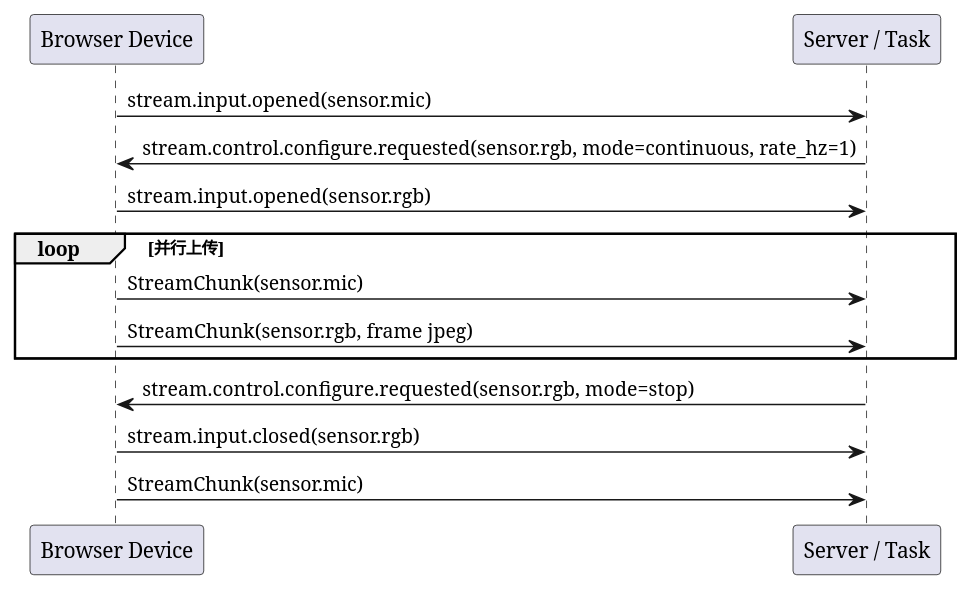
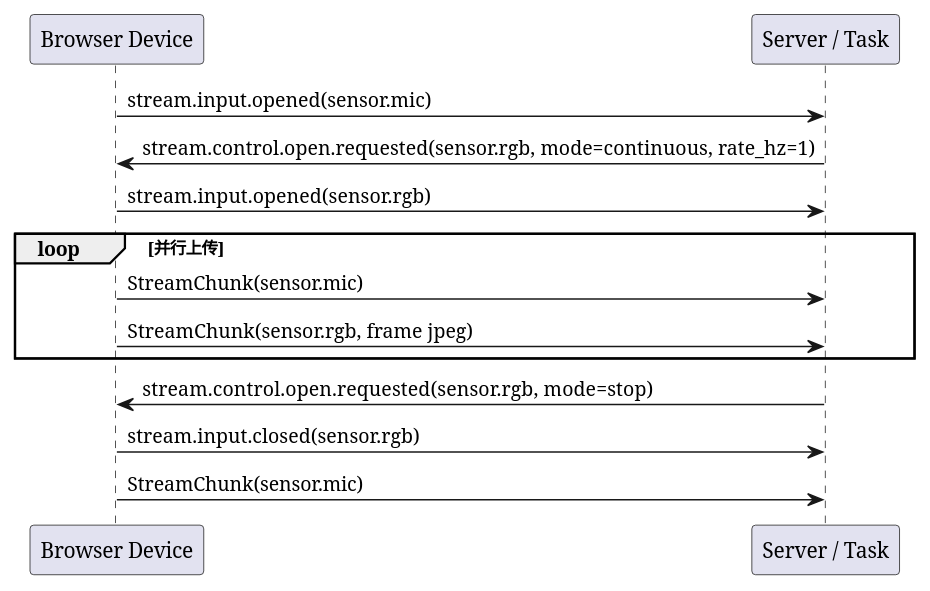
One commit to HengeLiu/RealtimeAgent changed the third of 4 diagrams in device-examples/browser-glass/browser-glass-design.md. Above: the diagram before and after it, drawn with PlantUML. The commit also changed other lines of this file and 114 other files, not shown here.

````diff
--- a/device-examples/browser-glass/browser-glass-design.md
+++ b/device-examples/browser-glass/browser-glass-design.md
@@ -435,17 +435,17 @@
 ```plantuml
 @startuml
 participant "Browser Device" as Device
 participant "Server / Task" as Server
 
 Device -> Server: stream.input.opened(sensor.mic)
-Server -> Device: stream.control.configure.requested(sensor.rgb, mode=continuous, rate_hz=1)
+Server -> Device: stream.control.open.requested(sensor.rgb, mode=continuous, rate_hz=1)
 Device -> Server: stream.input.opened(sensor.rgb)
 loop 并行上传
   Device -> Server: StreamChunk(sensor.mic)
   Device -> Server: StreamChunk(sensor.rgb, frame jpeg)
 end
-Server -> Device: stream.control.configure.requested(sensor.rgb, mode=stop)
+Server -> Device: stream.control.open.requested(sensor.rgb, mode=stop)
 Device -> Server: stream.input.closed(sensor.rgb)
 Device -> Server: StreamChunk(sensor.mic)
 @enduml
 ```
````
